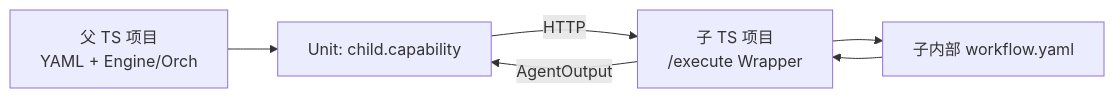
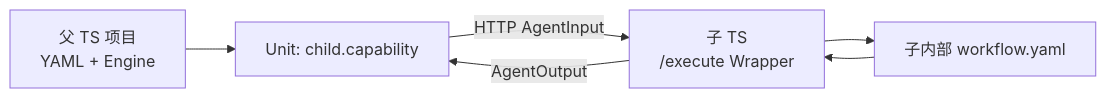
Before and after one commit to CoderYc0923/Uni-Flow: the diagram in docs-web/guide/cross-project.md, drawn with Mermaid. The commit also changed other lines of this file and 61 other files, not shown here.

````diff
--- a/docs-web/guide/cross-project.md
+++ b/docs-web/guide/cross-project.md
@@ -5,12 +12,12 @@
 ```mermaid
 flowchart LR
-  P[父 TS 项目<br/>YAML + Engine/Orch]
+  P[父 TS 项目<br/>YAML + Engine]
   U[Unit: child.capability]
-  W[子 TS 项目<br/>/execute Wrapper]
+  W[子 TS<br/>/execute Wrapper]
   C[子内部 workflow.yaml]
   P --> U
-  U -->|HTTP| W
+  U -->|HTTP AgentInput| W
   W --> C
   C --> W
   W -->|AgentOutput| U
 ```
````
